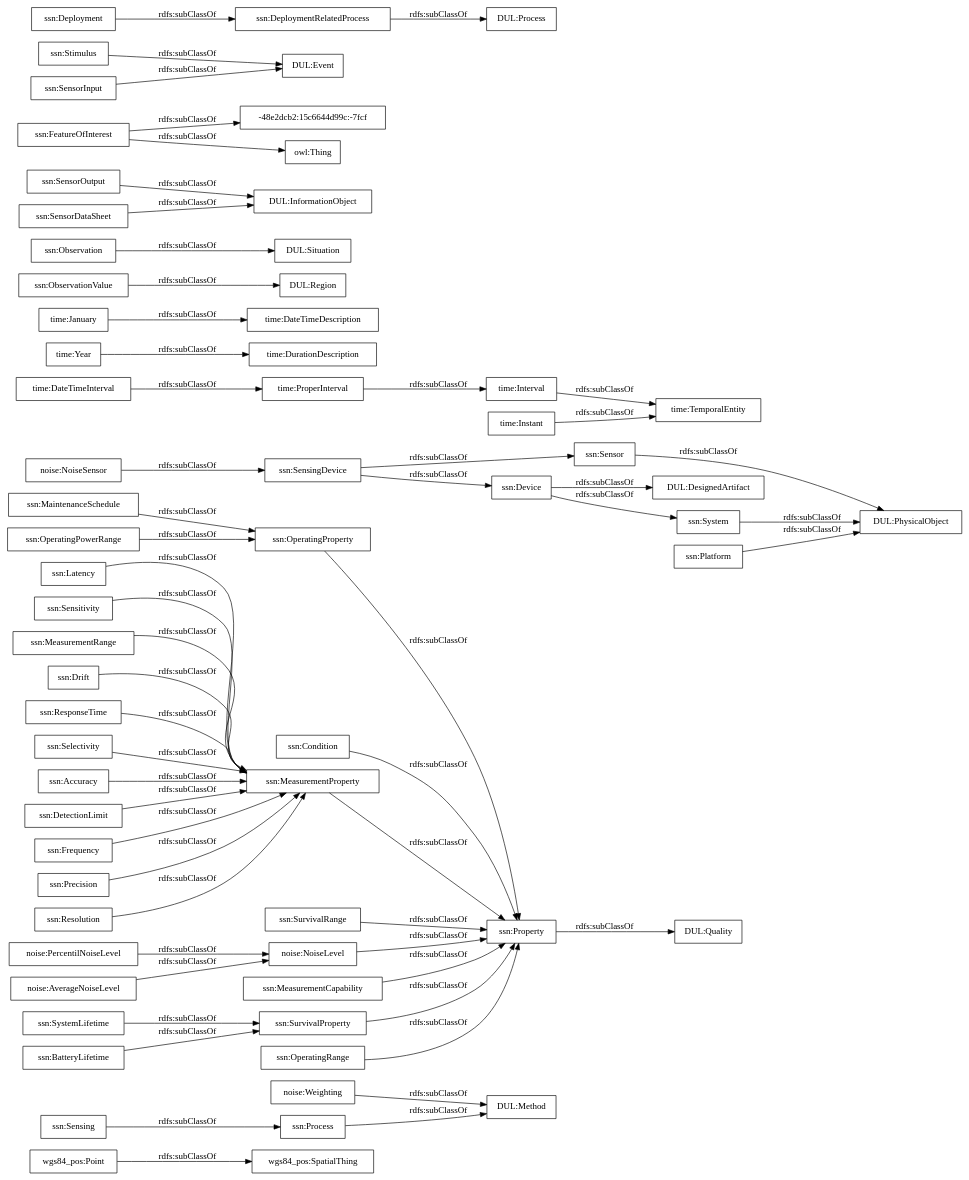
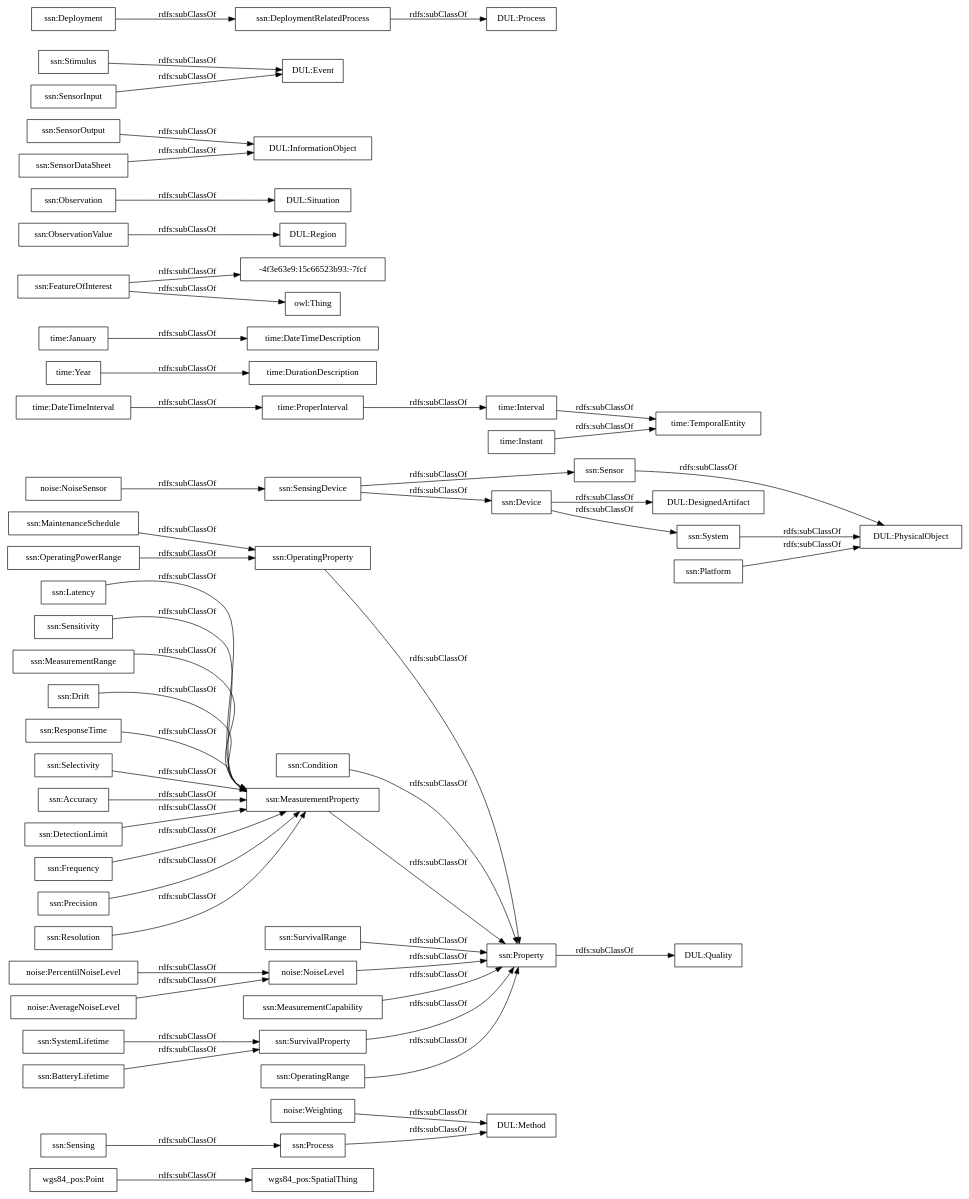
Before and after one commit to opencitydata/vocab-medio-ambiente-contaminacion-acustica: the diagram in OnToology/contaminacion-acustica.owl/diagrams/ar2dtool-taxonomy/contaminacion-acustica.owl.png.dot, drawn with Graphviz. The commit also changed 4 other files, not shown here.

```diff
--- a/OnToology/contaminacion-acustica.owl/diagrams/ar2dtool-taxonomy/contaminacion-acustica.owl.png.dot
+++ b/OnToology/contaminacion-acustica.owl/diagrams/ar2dtool-taxonomy/contaminacion-acustica.owl.png.dot
@@ -1,60 +1,60 @@
 digraph ar2dtool_diagram { 
 rankdir=LR;
 size="1000"
-node [shape = rectangle, color="black"]; "wgs84_pos:SpatialThing" "wgs84_pos:Point" "noise:Weighting" "noise:PercentilNoiseLevel" "noise:NoiseSensor" "noise:NoiseLevel" "noise:AverageNoiseLevel" "time:DateTimeInterval" "time:DurationDescription" "time:January" "time:ProperInterval" "time:Interval" "time:TemporalEntity" "time:Year" "time:DateTimeDescription" "time:Instant" "ssn:Accuracy" "ssn:DetectionLimit" "ssn:Frequency" "ssn:Condition" "DUL:Region" "DUL:Situation" "DUL:PhysicalObject" "ssn:SensorOutput" "ssn:Precision" "ssn:Resolution" "DUL:Quality" "ssn:FeatureOfInterest" "ssn:Sensor" "DUL:InformationObject" "ssn:OperatingProperty" "DUL:Event" "ssn:OperatingPowerRange" "DUL:Method" "ssn:MaintenanceSchedule" "ssn:Sensing" "ssn:Latency" "-48e2dcb2:15c6644d99c:-7fcf" "ssn:SurvivalRange" "ssn:SensingDevice" "DUL:DesignedArtifact" "ssn:Sensitivity" "ssn:Stimulus" "DUL:Process" "ssn:MeasurementRange" "ssn:System" "ssn:SystemLifetime" "ssn:Property" "ssn:MeasurementProperty" "ssn:Process" "ssn:Deployment" "ssn:MeasurementCapability" "ssn:BatteryLifetime" "ssn:Drift" "ssn:DeploymentRelatedProcess" "ssn:SensorInput" "ssn:ResponseTime" "ssn:ObservationValue" "ssn:SensorDataSheet" "ssn:Observation" "ssn:Selectivity" "ssn:SurvivalProperty" "ssn:Device" "ssn:OperatingRange" "ssn:Platform" ; /*classes style*/
+node [shape = rectangle, color="black"]; "wgs84_pos:SpatialThing" "wgs84_pos:Point" "noise:Weighting" "noise:PercentilNoiseLevel" "noise:NoiseSensor" "noise:NoiseLevel" "noise:AverageNoiseLevel" "time:DateTimeInterval" "time:DurationDescription" "time:January" "time:ProperInterval" "time:Interval" "time:TemporalEntity" "time:Year" "time:DateTimeDescription" "time:Instant" "-4f3e63e9:15c66523b93:-7fcf" "ssn:Accuracy" "ssn:DetectionLimit" "ssn:Frequency" "ssn:Condition" "DUL:Region" "DUL:Situation" "DUL:PhysicalObject" "ssn:SensorOutput" "ssn:Precision" "ssn:Resolution" "DUL:Quality" "ssn:FeatureOfInterest" "ssn:Sensor" "DUL:InformationObject" "ssn:OperatingProperty" "DUL:Event" "ssn:OperatingPowerRange" "DUL:Method" "ssn:MaintenanceSchedule" "ssn:Sensing" "ssn:Latency" "ssn:SurvivalRange" "ssn:SensingDevice" "DUL:DesignedArtifact" "ssn:Sensitivity" "ssn:Stimulus" "DUL:Process" "ssn:MeasurementRange" "ssn:System" "ssn:SystemLifetime" "ssn:Property" "ssn:MeasurementProperty" "ssn:Process" "ssn:Deployment" "ssn:MeasurementCapability" "ssn:BatteryLifetime" "ssn:Drift" "ssn:DeploymentRelatedProcess" "ssn:SensorInput" "ssn:ResponseTime" "ssn:ObservationValue" "ssn:SensorDataSheet" "ssn:Observation" "ssn:Selectivity" "ssn:SurvivalProperty" "ssn:Device" "ssn:OperatingRange" "ssn:Platform" ; /*classes style*/
 	"noise:AverageNoiseLevel" -> "noise:NoiseLevel" [ label = "rdfs:subClassOf" ];
 	"ssn:Deployment" -> "ssn:DeploymentRelatedProcess" [ label = "rdfs:subClassOf" ];
 	"ssn:SensingDevice" -> "ssn:Sensor" [ label = "rdfs:subClassOf" ];
 	"ssn:SensingDevice" -> "ssn:Device" [ label = "rdfs:subClassOf" ];
 	"ssn:DeploymentRelatedProcess" -> "DUL:Process" [ label = "rdfs:subClassOf" ];
 	"ssn:Accuracy" -> "ssn:MeasurementProperty" [ label = "rdfs:subClassOf" ];
 	"time:Instant" -> "time:TemporalEntity" [ label = "rdfs:subClassOf" ];
 	"ssn:FeatureOfInterest" -> "owl:Thing" [ label = "rdfs:subClassOf" ];
-	"ssn:FeatureOfInterest" -> "-48e2dcb2:15c6644d99c:-7fcf" [ label = "rdfs:subClassOf" ];
+	"ssn:FeatureOfInterest" -> "-4f3e63e9:15c66523b93:-7fcf" [ label = "rdfs:subClassOf" ];
 	"ssn:Latency" -> "ssn:MeasurementProperty" [ label = "rdfs:subClassOf" ];
 	"ssn:Process" -> "DUL:Method" [ label = "rdfs:subClassOf" ];
 	"noise:Weighting" -> "DUL:Method" [ label = "rdfs:subClassOf" ];
 	"time:ProperInterval" -> "time:Interval" [ label = "rdfs:subClassOf" ];
 	"ssn:Property" -> "DUL:Quality" [ label = "rdfs:subClassOf" ];
 	"ssn:MeasurementProperty" -> "ssn:Property" [ label = "rdfs:subClassOf" ];
 	"wgs84_pos:Point" -> "wgs84_pos:SpatialThing" [ label = "rdfs:subClassOf" ];
 	"ssn:ResponseTime" -> "ssn:MeasurementProperty" [ label = "rdfs:subClassOf" ];
 	"ssn:OperatingRange" -> "ssn:Property" [ label = "rdfs:subClassOf" ];
 	"noise:NoiseLevel" -> "ssn:Property" [ label = "rdfs:subClassOf" ];
 	"ssn:MeasurementRange" -> "ssn:MeasurementProperty" [ label = "rdfs:subClassOf" ];
 	"ssn:Stimulus" -> "DUL:Event" [ label = "rdfs:subClassOf" ];
 	"ssn:SurvivalProperty" -> "ssn:Property" [ label = "rdfs:subClassOf" ];
 	"ssn:MaintenanceSchedule" -> "ssn:OperatingProperty" [ label = "rdfs:subClassOf" ];
 	"ssn:SensorInput" -> "DUL:Event" [ label = "rdfs:subClassOf" ];
 	"ssn:Sensitivity" -> "ssn:MeasurementProperty" [ label = "rdfs:subClassOf" ];
 	"ssn:Drift" -> "ssn:MeasurementProperty" [ label = "rdfs:subClassOf" ];
 	"ssn:System" -> "DUL:PhysicalObject" [ label = "rdfs:subClassOf" ];
 	"ssn:Resolution" -> "ssn:MeasurementProperty" [ label = "rdfs:subClassOf" ];
 	"ssn:Precision" -> "ssn:MeasurementProperty" [ label = "rdfs:subClassOf" ];
 	"noise:PercentilNoiseLevel" -> "noise:NoiseLevel" [ label = "rdfs:subClassOf" ];
 	"ssn:DetectionLimit" -> "ssn:MeasurementProperty" [ label = "rdfs:subClassOf" ];
 	"time:DateTimeInterval" -> "time:ProperInterval" [ label = "rdfs:subClassOf" ];
 	"ssn:Sensor" -> "DUL:PhysicalObject" [ label = "rdfs:subClassOf" ];
 	"ssn:SensorDataSheet" -> "DUL:InformationObject" [ label = "rdfs:subClassOf" ];
 	"ssn:OperatingPowerRange" -> "ssn:OperatingProperty" [ label = "rdfs:subClassOf" ];
 	"time:Interval" -> "time:TemporalEntity" [ label = "rdfs:subClassOf" ];
 	"noise:NoiseSensor" -> "ssn:SensingDevice" [ label = "rdfs:subClassOf" ];
 	"time:January" -> "time:DateTimeDescription" [ label = "rdfs:subClassOf" ];
 	"ssn:ObservationValue" -> "DUL:Region" [ label = "rdfs:subClassOf" ];
 	"ssn:Device" -> "DUL:DesignedArtifact" [ label = "rdfs:subClassOf" ];
 	"ssn:Device" -> "ssn:System" [ label = "rdfs:subClassOf" ];
 	"ssn:Platform" -> "DUL:PhysicalObject" [ label = "rdfs:subClassOf" ];
 	"time:Year" -> "time:DurationDescription" [ label = "rdfs:subClassOf" ];
 	"ssn:OperatingProperty" -> "ssn:Property" [ label = "rdfs:subClassOf" ];
 	"ssn:Selectivity" -> "ssn:MeasurementProperty" [ label = "rdfs:subClassOf" ];
 	"ssn:BatteryLifetime" -> "ssn:SurvivalProperty" [ label = "rdfs:subClassOf" ];
 	"ssn:Observation" -> "DUL:Situation" [ label = "rdfs:subClassOf" ];
 	"ssn:Sensing" -> "ssn:Process" [ label = "rdfs:subClassOf" ];
 	"ssn:SystemLifetime" -> "ssn:SurvivalProperty" [ label = "rdfs:subClassOf" ];
 	"ssn:SurvivalRange" -> "ssn:Property" [ label = "rdfs:subClassOf" ];
 	"ssn:Frequency" -> "ssn:MeasurementProperty" [ label = "rdfs:subClassOf" ];
 	"ssn:SensorOutput" -> "DUL:InformationObject" [ label = "rdfs:subClassOf" ];
 	"ssn:Condition" -> "ssn:Property" [ label = "rdfs:subClassOf" ];
 	"ssn:MeasurementCapability" -> "ssn:Property" [ label = "rdfs:subClassOf" ];
 
 }
```
